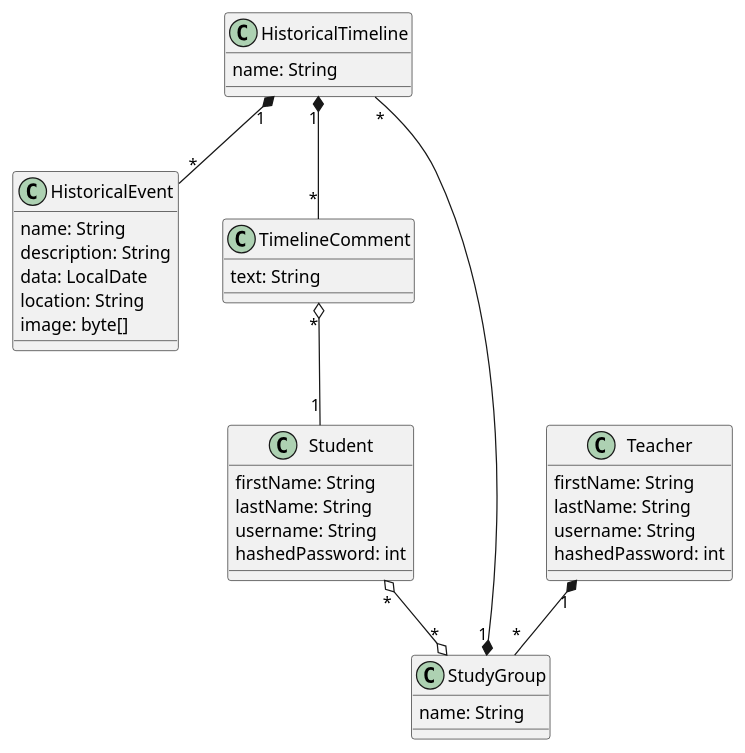
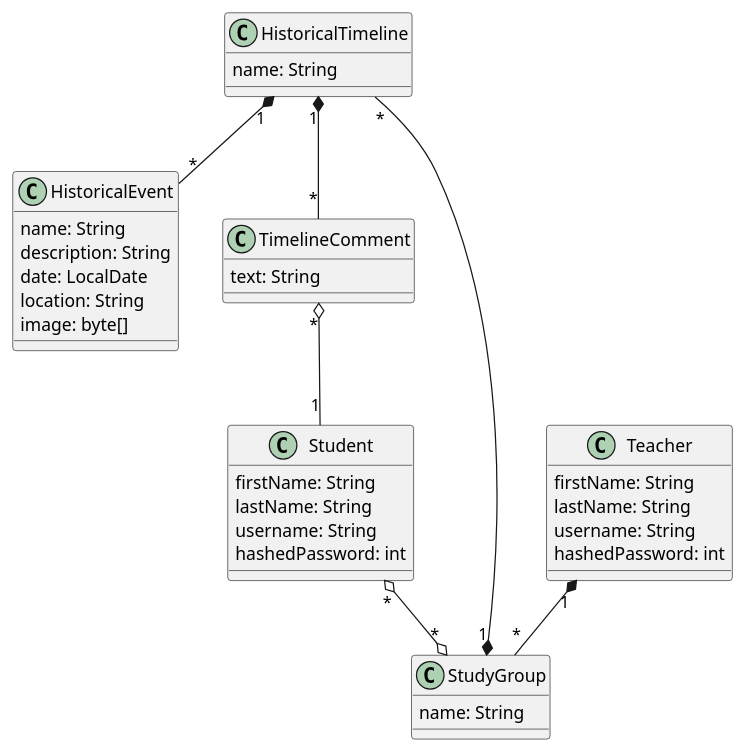
One commit to kuhy/historical-timeline changed the second of 2 diagrams in README.org. Above: the diagram before and after it, drawn with PlantUML. The commit also changed 1 other file, not shown here.

Commit message:
Fix typo in class diagram

```diff
--- a/README.org
+++ b/README.org
@@ -93,47 +93,47 @@
   #+BEGIN_SRC plantuml :file images/class_diagram.svg :exports results
   class HistoricalEvent {
     name: String
     description: String
-    data: LocalDate
+    date: LocalDate
     location: String
     image: byte[]
   }
 
   class HistoricalTimeline {
     name: String
   }
 
   HistoricalTimeline "1" *-- "*" HistoricalEvent
 
   class StudyGroup {
     name: String
   }
 
   StudyGroup "1" *-- "*" HistoricalTimeline
 
   class Teacher {
     firstName: String
     lastName: String
     username: String
     hashedPassword: int
   }
 
   Teacher "1" *-- "*" StudyGroup
 
 
   class Student {
     firstName: String
     lastName: String
     username: String
     hashedPassword: int
   }
 
   Student "*" o--o "*" StudyGroup
 
   class TimelineComment {
     text: String
   }
 
   HistoricalTimeline "1" *-- "*" TimelineComment
   TimelineComment "*" o-- "1" Student
   #+END_SRC
```
